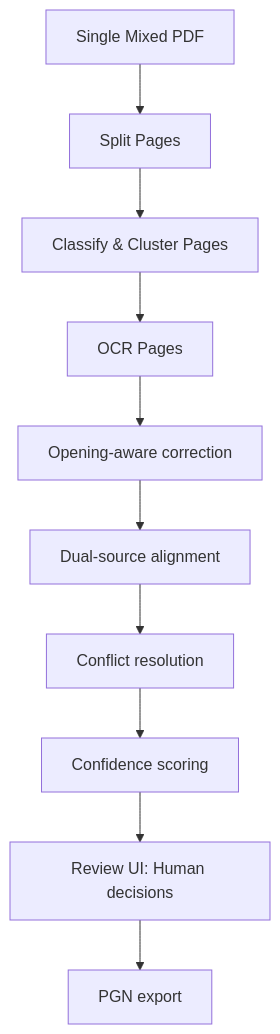
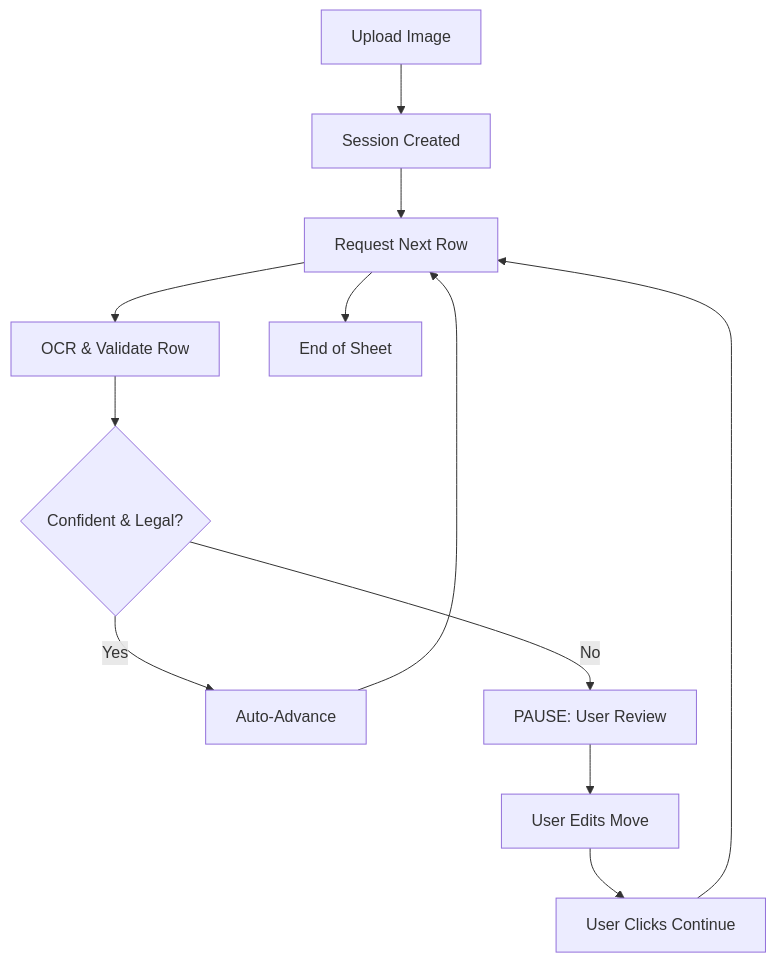
The third of 3 diagrams in v_8_distributed_deployment_and_release_plan.md (mreddy-adulla/chess-in-one-ocr), drawn with Mermaid before and after one commit. The commit also changed other lines of this file and 4828 other files, not shown here.

Commit message:
feat: implement interactive row-by-row OCR processing with modern 2-column layout and user-defined scan limits

````diff
--- a/v_8_distributed_deployment_and_release_plan.md
+++ b/v_8_distributed_deployment_and_release_plan.md
@@ -431,12 +469,14 @@
 ```mermaid
 graph TD
-    Input[Single Mixed PDF] --> Split[Split Pages]
-    Split --> Classify[Classify & Cluster Pages]
-    Classify --> OCR[OCR Pages]
-    OCR --> OpenFix[Opening-aware correction]
-    OpenFix --> DualAlign[Dual-source alignment]
-    DualAlign --> ConflictRes[Conflict resolution]
-    ConflictRes --> ConfScore[Confidence scoring]
-    ConfScore --> ReviewUI[Review UI: Human decisions]
-    ReviewUI --> PGN[PGN export]
+    Input[Upload Image] --> Start[Session Created]
+    Start --> ReqRow[Request Next Row]
+    ReqRow --> OCR[OCR & Validate Row]
+    OCR --> Check{Confident & Legal?}
+    Check -- Yes --> Auto[Auto-Advance]
+    Check -- No --> Pause[PAUSE: User Review]
+    Pause --> UserEdit[User Edits Move]
+    UserEdit --> Continue[User Clicks Continue]
+    Auto --> ReqRow
+    Continue --> ReqRow
+    ReqRow --> Done[End of Sheet]
 ```
````
